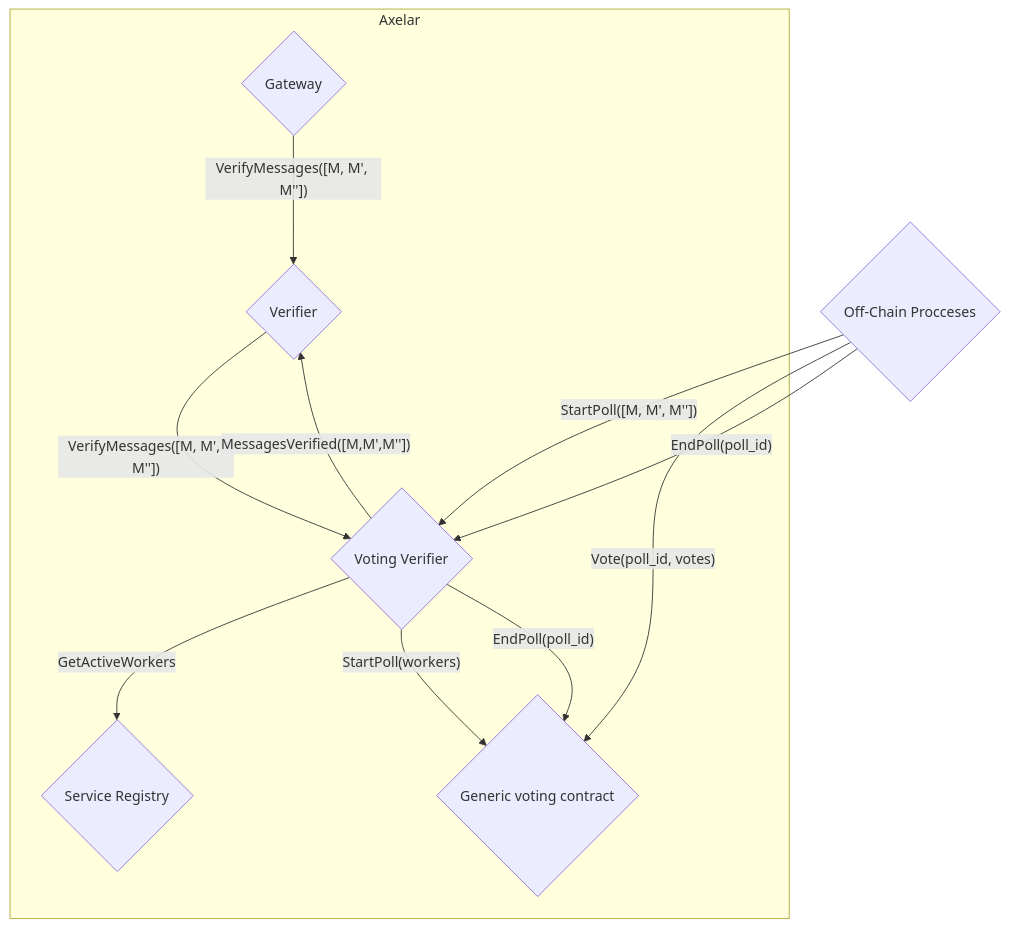
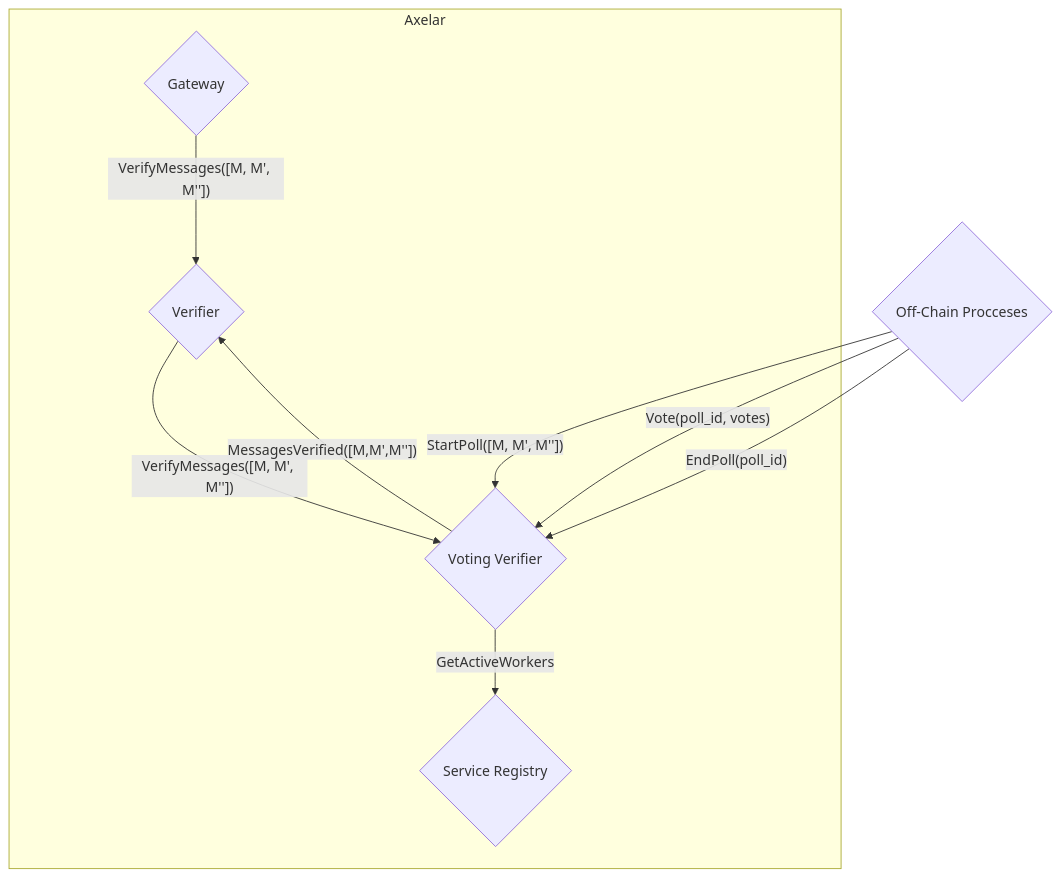
The first of 2 diagrams in contracts/voting-verifier/README.md (axelarnetwork/axelar-amplifier), drawn with Mermaid before and after one commit. The commit also changed other lines of this file and 5 other files, not shown here.

Commit message:
remove generic voting contract

````diff
--- a/contracts/voting-verifier/README.md
+++ b/contracts/voting-verifier/README.md
@@ -11,22 +11,19 @@
 ```mermaid
 flowchart TD
 subgraph Axelar
     G{"Gateway"}
     Vr{"Voting Verifier"}
-    Vg{"Generic voting contract"}
     V{"Verifier"}
     R{"Service Registry"}
 end
 OC{"Off-Chain Procceses"}
 
 G--"VerifyMessages([M, M', M''])"-->V
 V--"VerifyMessages([M, M', M''])"-->Vr
 OC --"StartPoll([M, M', M''])"-->Vr
 Vr--"GetActiveWorkers"-->R
-Vr--"StartPoll(workers)"-->Vg
-OC--"Vote(poll_id, votes)"-->Vg
+OC--"Vote(poll_id, votes)"-->Vr
 OC--"EndPoll(poll_id)"-->Vr
-Vr--"EndPoll(poll_id)"-->Vg
 Vr--"MessagesVerified([M,M',M''])"-->V
 
 ```
````
